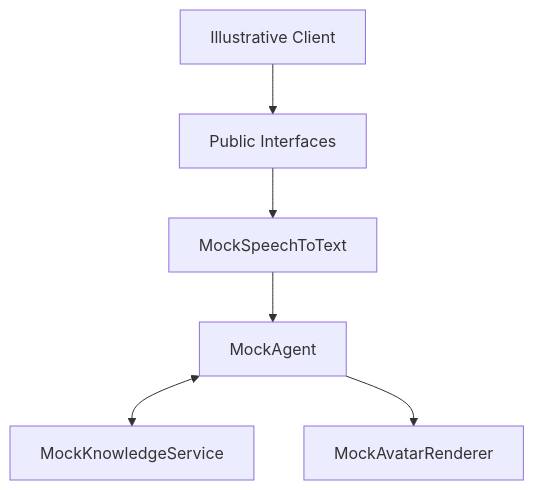
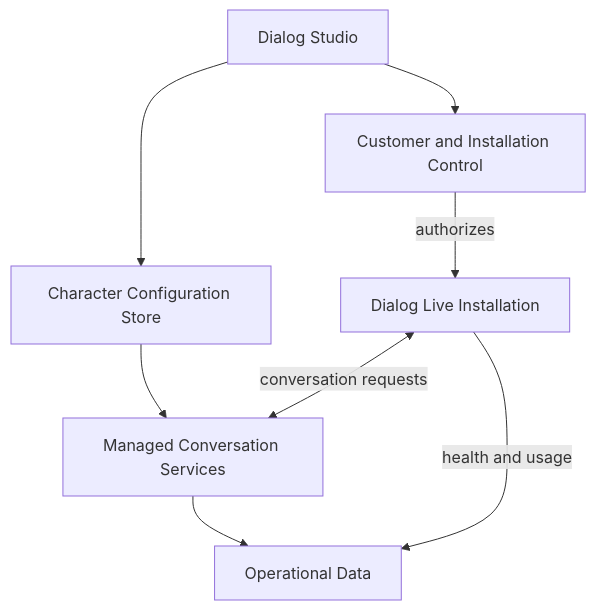
The fourth of 4 diagrams in README.md (amizzan84-lab/dialog-live-showcase), drawn with Mermaid before and after one commit. The commit also changed other lines of this file and 10 other files, not shown here.

````diff
--- a/README.md
+++ b/README.md
@@ -112,15 +139,17 @@
 ```mermaid
 flowchart TB
-    UI["Illustrative Client"]
-    CONTRACTS["Public Interfaces"]
-    STTMOCK["MockSpeechToText"]
-    AGENTMOCK["MockAgent"]
-    KNOWMOCK["MockKnowledgeService"]
-    AVATARMOCK["MockAvatarRenderer"]
+    STUDIO["Dialog Studio"]
+    CONFIG["Character Configuration Store"]
+    CONTROL["Customer and Installation Control"]
+    AI["Managed Conversation Services"]
+    DATA["Operational Data"]
+    KIOSK["Dialog Live Installation"]
 
-    UI --> CONTRACTS
-    CONTRACTS --> STTMOCK
-    STTMOCK --> AGENTMOCK
-    AGENTMOCK <--> KNOWMOCK
-    AGENTMOCK --> AVATARMOCK
+    STUDIO --> CONFIG
+    STUDIO --> CONTROL
+    CONFIG --> AI
+    CONTROL -->|"authorizes"| KIOSK
+    KIOSK <-->|"conversation requests"| AI
+    AI --> DATA
+    KIOSK -->|"health and usage"| DATA
 ```
````
